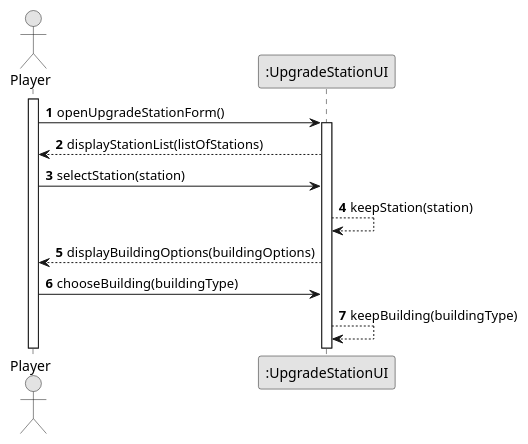
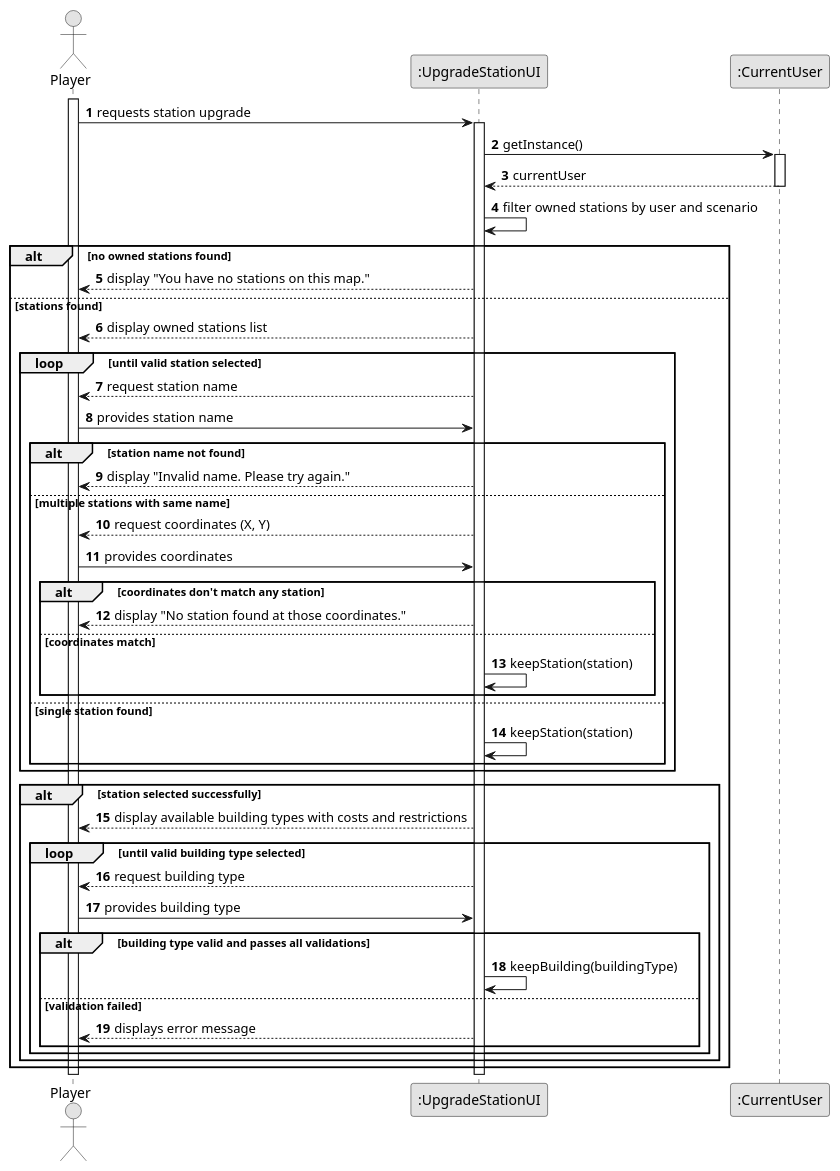
The diagram in docs/system-documentation/US006/03.design/puml/US006-SD-getInput.puml (goncalolopesp/sem2-pi-24.25-g093-repo), drawn with PlantUML before and after one commit. The commit also changed 13 other files, not shown here.

```diff
--- a/docs/system-documentation/US006/03.design/puml/US006-SD-getInput.puml
+++ b/docs/system-documentation/US006/03.design/puml/US006-SD-getInput.puml
@@ -1,26 +1,68 @@
 @startuml US006-SD-getInput
 skinparam monochrome true
 skinparam packageStyle rectangle
 skinparam shadowing false
 
 autonumber
 
 actor "Player" as Player
 participant ":UpgradeStationUI" as UpgradeStationUI
+participant ":CurrentUser" as CurrentUser
 
 activate Player
 
-Player -> UpgradeStationUI : openUpgradeStationForm()
+Player -> UpgradeStationUI : requests station upgrade
 activate UpgradeStationUI
 
-UpgradeStationUI --> Player : displayStationList(listOfStations)
+UpgradeStationUI -> CurrentUser : getInstance()
+activate CurrentUser
+CurrentUser --> UpgradeStationUI : currentUser
+deactivate CurrentUser
 
-Player -> UpgradeStationUI : selectStation(station)
-UpgradeStationUI --> UpgradeStationUI: keepStation(station)
+UpgradeStationUI -> UpgradeStationUI : filter owned stations by user and scenario
 
-UpgradeStationUI --> Player : displayBuildingOptions(buildingOptions)
+alt no owned stations found
+    UpgradeStationUI --> Player : display "You have no stations on this map."
+else stations found
+    UpgradeStationUI --> Player : display owned stations list
 
-Player -> UpgradeStationUI : chooseBuilding(buildingType)
-UpgradeStationUI --> UpgradeStationUI: keepBuilding(buildingType)
+    loop until valid station selected
+        UpgradeStationUI --> Player : request station name
+        Player -> UpgradeStationUI : provides station name
+
+        alt station name not found
+            UpgradeStationUI --> Player : display "Invalid name. Please try again."
+        else multiple stations with same name
+            UpgradeStationUI --> Player : request coordinates (X, Y)
+            Player -> UpgradeStationUI : provides coordinates
+
+            alt coordinates don't match any station
+                UpgradeStationUI --> Player : display "No station found at those coordinates."
+            else coordinates match
+                UpgradeStationUI -> UpgradeStationUI : keepStation(station)
+            end
+        else single station found
+            UpgradeStationUI -> UpgradeStationUI : keepStation(station)
+        end
+    end
+
+    alt station selected successfully
+        UpgradeStationUI --> Player : display available building types with costs and restrictions
+
+        loop until valid building type selected
+            UpgradeStationUI --> Player : request building type
+            Player -> UpgradeStationUI : provides building type
+
+            alt building type valid and passes all validations
+                UpgradeStationUI -> UpgradeStationUI : keepBuilding(buildingType)
+            else validation failed
+                UpgradeStationUI --> Player : displays error message
+            end
+        end
+    end
+end
+
+deactivate UpgradeStationUI
+deactivate Player
 
 @enduml
```
